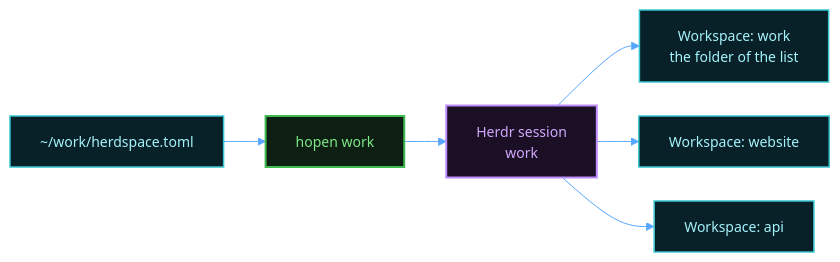
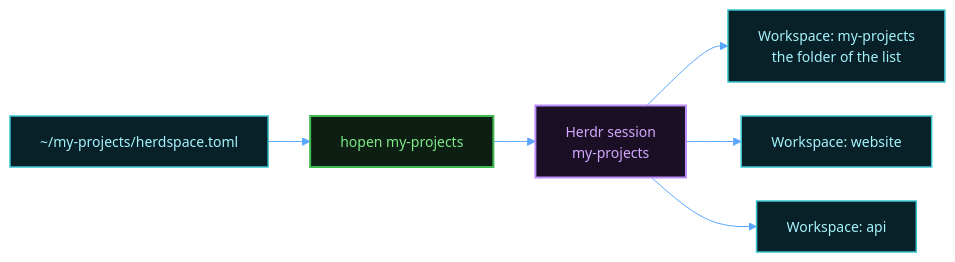
One commit to MussaCharles/herdspace changed the diagram in docs/hopen.md. Above: the diagram before and after it, drawn with Mermaid. The commit also changed other lines of this file and 11 other files, not shown here.

````diff
--- a/docs/hopen.md
+++ b/docs/hopen.md
@@ -9,22 +9,22 @@
 ```mermaid
 %%{init: {'theme': 'base', 'themeVariables': {
   'fontFamily': 'Menlo, Consolas, Courier New, monospace', 'fontSize': '14px',
   'primaryColor': '#0d1117', 'primaryTextColor': '#e6edf3', 'primaryBorderColor': '#3fb950',
   'textColor': '#e6edf3', 'lineColor': '#58a6ff', 'secondaryColor': '#161b22', 'tertiaryColor': '#0d1117',
   'edgeLabelBackground': '#0b0f14', 'clusterBkg': '#0b0f14', 'clusterBorder': '#30363d', 'titleColor': '#d2a8ff',
   'actorBkg': '#0d1f12', 'actorBorder': '#3fb950', 'actorTextColor': '#7ee787', 'actorLineColor': '#30363d',
   'signalColor': '#58a6ff', 'signalTextColor': '#e6edf3', 'sequenceNumberColor': '#0b0f14'
 }, 'flowchart': {'curve': 'basis', 'nodeSpacing': 34, 'rankSpacing': 42, 'wrappingWidth': 340}}}%%
 flowchart LR
   classDef cmd fill:#0d1f12,stroke:#3fb950,stroke-width:2px,color:#7ee787
   classDef step fill:#0d1117,stroke:#58a6ff,stroke-width:1.5px,color:#c9e1ff
   classDef ask fill:#2a2000,stroke:#e3b341,stroke-width:2px,color:#f2cc60
   classDef host fill:#1a0f24,stroke:#bc8cff,stroke-width:2px,color:#d2a8ff
   classDef data fill:#082028,stroke:#39c5cf,stroke-width:1.5px,color:#a5f3fc
   classDef stop fill:#2a0f12,stroke:#ff7b72,stroke-width:2px,color:#ffa198
-  file["~/work/herdspace.toml"]:::data --> hopen["hopen work"]:::cmd
-  hopen --> session["Herdr session<br/>work"]:::host
-  session --> root["Workspace: work<br/>the folder of the list"]:::data
+  file["~/my-projects/herdspace.toml"]:::data --> hopen["hopen my-projects"]:::cmd
+  hopen --> session["Herdr session<br/>my-projects"]:::host
+  session --> root["Workspace: my-projects<br/>the folder of the list"]:::data
   session --> w1["Workspace: website"]:::data
   session --> w2["Workspace: api"]:::data
 ```
````
